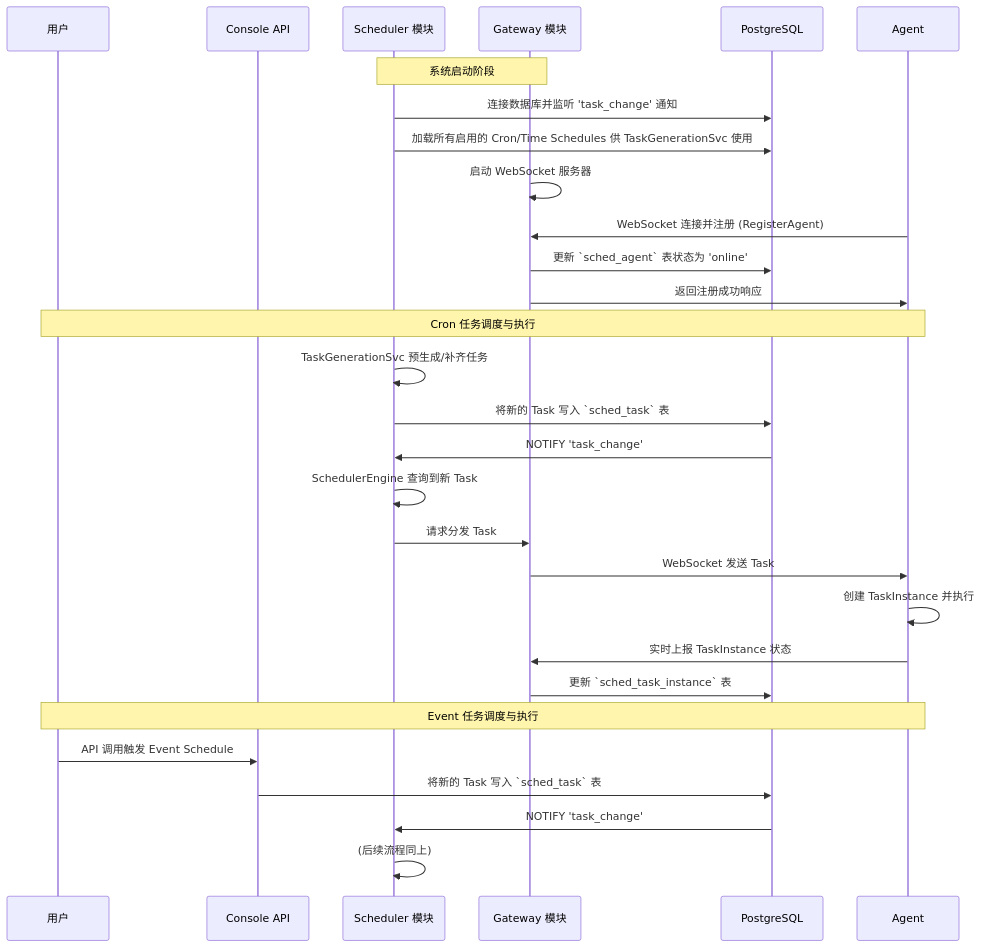
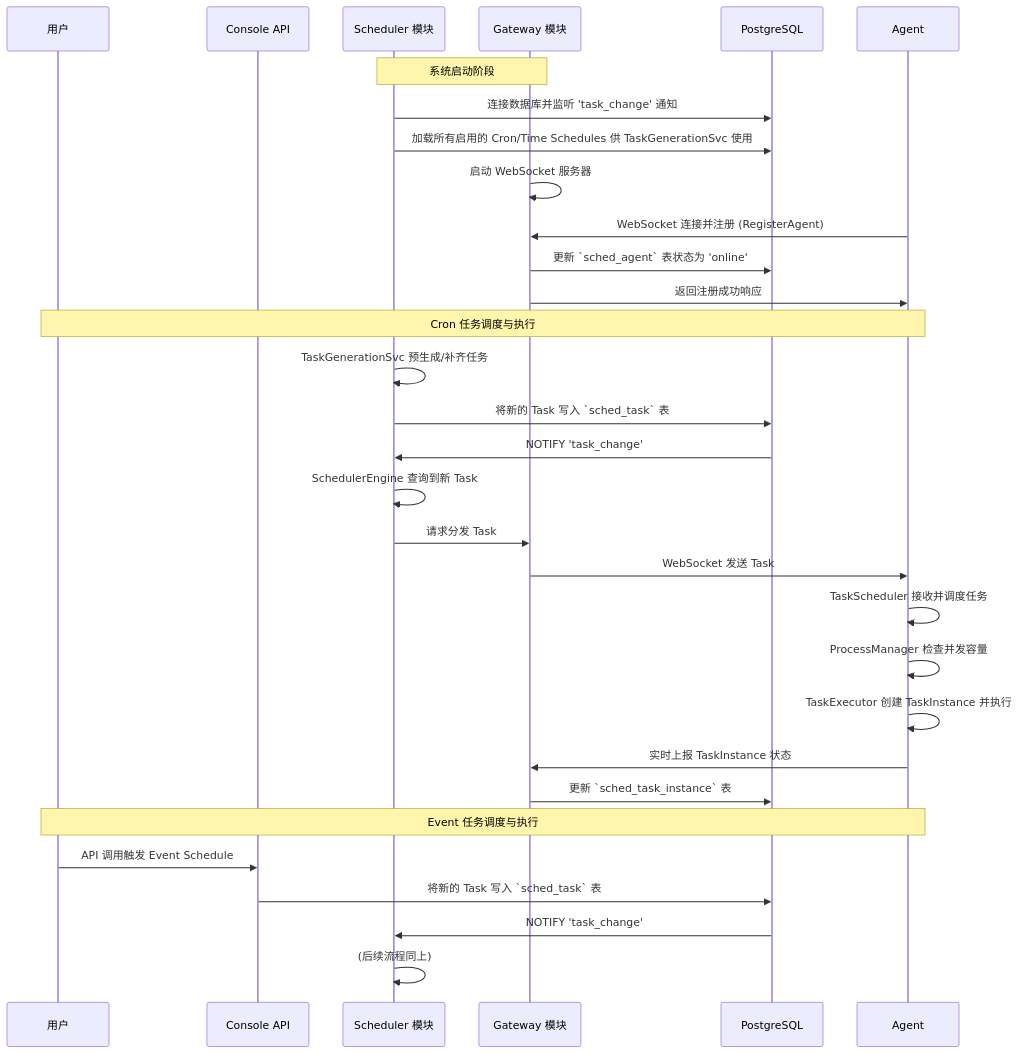
One commit to fusion-data/fusion-data changed the fourth of 4 diagrams in hetuflow/hetuflow-docs/src/hetuflow/architecture.md. Above: the diagram before and after it, drawn with Mermaid. The commit also changed other lines of this file and 45 other files, not shown here.

````diff
--- a/hetuflow/hetuflow-docs/src/hetuflow/architecture.md
+++ b/hetuflow/hetuflow-docs/src/hetuflow/architecture.md
@@ -314,35 +316,37 @@
 ```mermaid
 sequenceDiagram
     participant U as 用户
     participant C as Console API
     participant S as Scheduler 模块
     participant G as Gateway 模块
     participant PG as PostgreSQL
     participant A as Agent
 
     Note over S,G: 系统启动阶段
     S->>PG: 连接数据库并监听 'task_change' 通知
     S->>PG: 加载所有启用的 Cron/Time Schedules 供 TaskGenerationSvc 使用
     G->>G: 启动 WebSocket 服务器
 
     A->>G: WebSocket 连接并注册 (RegisterAgent)
     G->>PG: 更新 `sched_agent` 表状态为 'online'
     G->>A: 返回注册成功响应
 
     Note over U,A: Cron 任务调度与执行
     S->>S: TaskGenerationSvc 预生成/补齐任务
     S->>PG: 将新的 Task 写入 `sched_task` 表
     PG->>S: NOTIFY 'task_change'
     S->>S: SchedulerEngine 查询到新 Task
     S->>G: 请求分发 Task
     G->>A: WebSocket 发送 Task
-    A->>A: 创建 TaskInstance 并执行
+    A->>A: TaskScheduler 接收并调度任务
+    A->>A: ProcessManager 检查并发容量
+    A->>A: TaskExecutor 创建 TaskInstance 并执行
     A->>G: 实时上报 TaskInstance 状态
     G->>PG: 更新 `sched_task_instance` 表
 
     Note over U,A: Event 任务调度与执行
     U->>C: API 调用触发 Event Schedule
     C->>PG: 将新的 Task 写入 `sched_task` 表
     PG->>S: NOTIFY 'task_change'
     S->>S: (后续流程同上)
 ```
````
